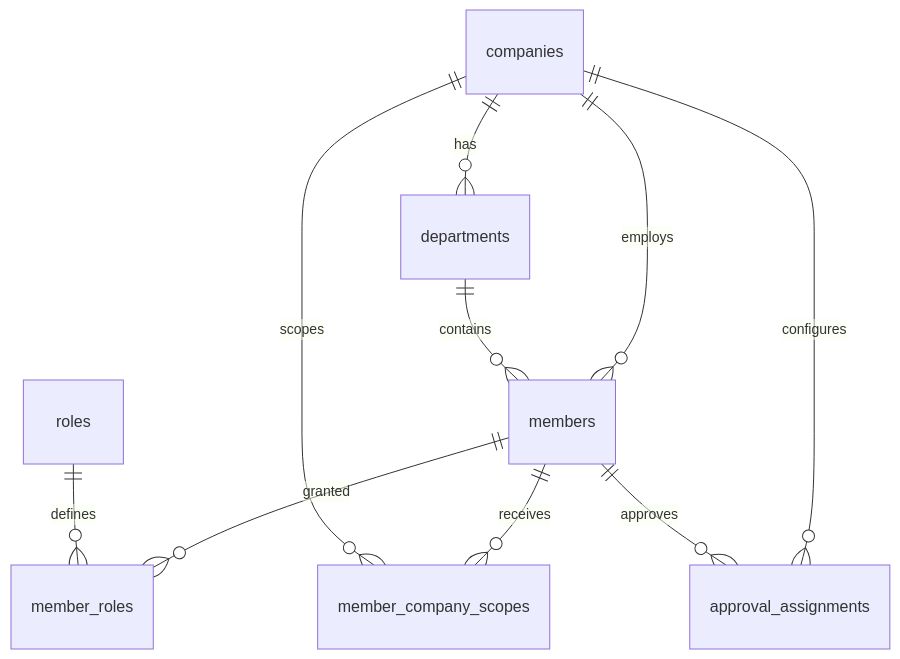
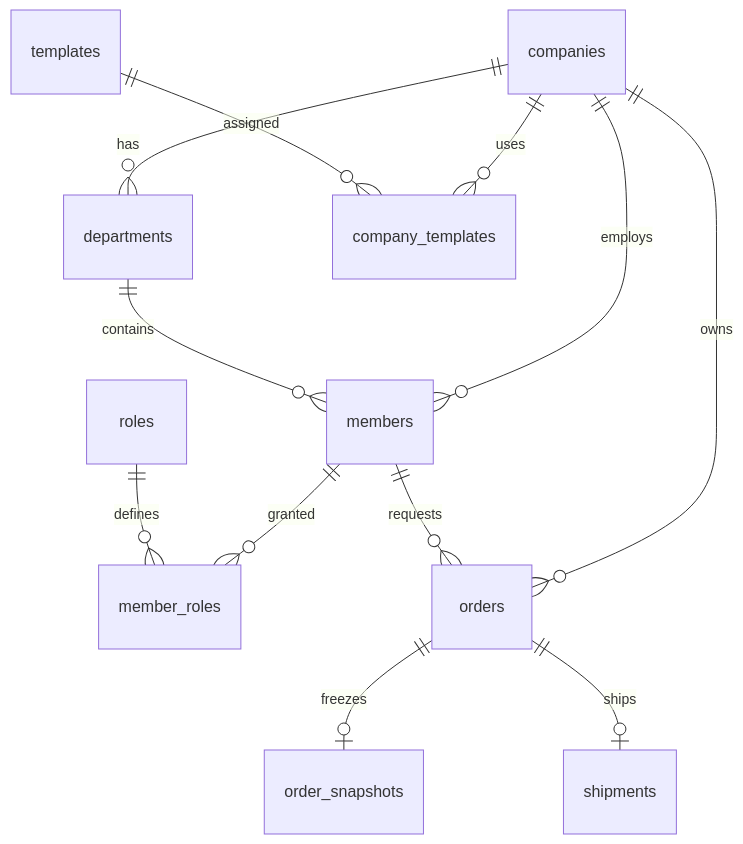
One commit to tbto37/NCMS changed the diagram in docs/database/ncms-database-design-v0.1.md. Above: the diagram before and after it, drawn with Mermaid. The commit also changed other lines of this file and 99 other files, not shown here.

````diff
--- a/docs/database/ncms-database-design-v0.1.md
+++ b/docs/database/ncms-database-design-v0.1.md
@@ -58,12 +33,16 @@
 ```mermaid
 erDiagram
     companies ||--o{ departments : has
     companies ||--o{ members : employs
     departments ||--o{ members : contains
     members ||--o{ member_roles : granted
     roles ||--o{ member_roles : defines
-    members ||--o{ member_company_scopes : receives
-    companies ||--o{ member_company_scopes : scopes
-    companies ||--o{ approval_assignments : configures
-    members ||--o{ approval_assignments : approves
+    
+    companies ||--o{ company_templates : uses
+    templates ||--o{ company_templates : assigned
+    
+    companies ||--o{ orders : owns
+    members ||--o{ orders : requests
+    orders ||--o| order_snapshots : freezes
+    orders ||--o| shipments : ships
 ```
````
